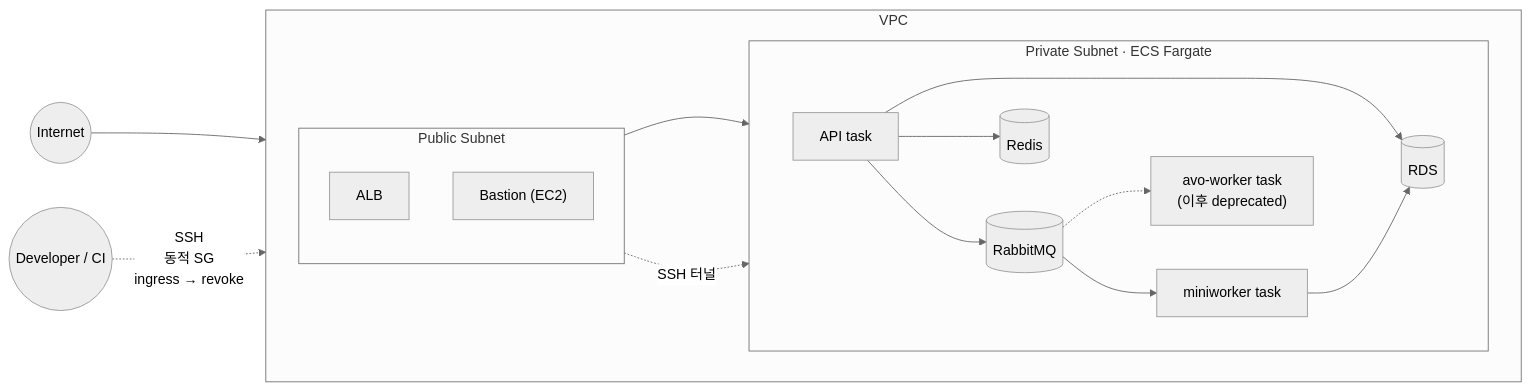
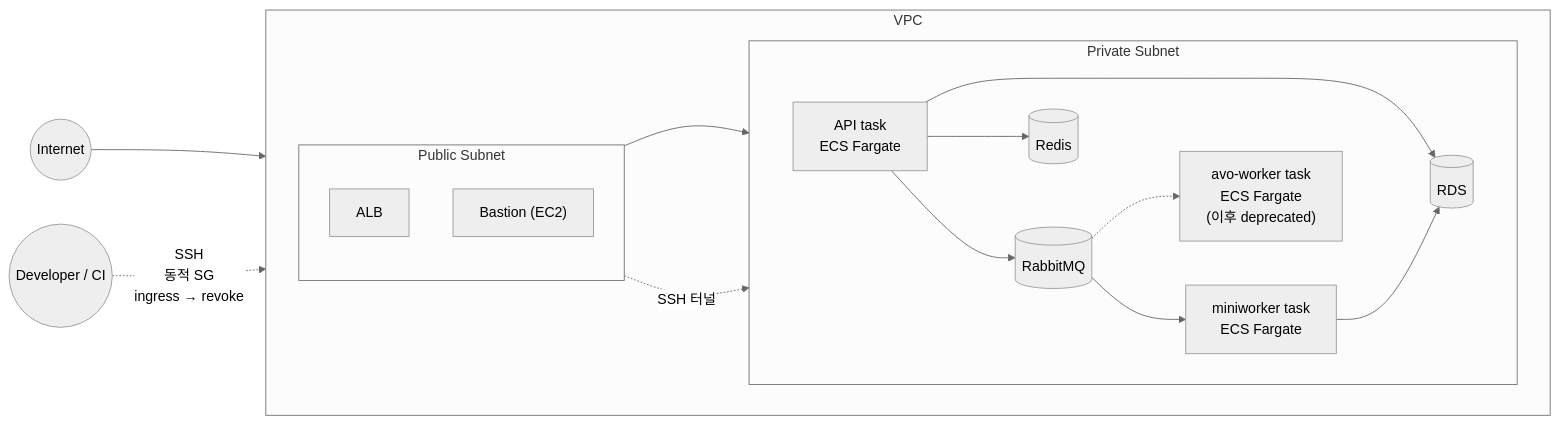
The sixth of 6 diagrams in _portfolio/portfolio.md (texasroh/texasroh.github.io), drawn with Mermaid (neutral theme) before and after one commit. The commit also changed other lines of this file, not shown here.

Commit message:
docs(portfolio): clean 4.2 diagram subnet labels
- Before: "Public Subnet (모두)" → "Public Subnet" (그림으로 이미 명시됨)
- After: "Private Subnet · ECS Fargate" → "Private Subnet" + ECS Fargate를 task 노드별 라벨로 이동 (subnet 전체가 ECS인 듯한 오해 방지)

````diff
--- a/_portfolio/portfolio.md
+++ b/_portfolio/portfolio.md
@@ -234,32 +234,32 @@
 ```mermaid
 flowchart LR
     Internet((Internet)) --> ALB
     Dev((Developer / CI)) -.->|"SSH<br/>동적 SG<br/>ingress → revoke"| Bastion
 
     subgraph VPC ["VPC"]
         direction LR
         subgraph Pub ["Public Subnet"]
             direction TB
             ALB[ALB]
             Bastion["Bastion (EC2)"]
         end
-        subgraph Priv ["Private Subnet · ECS Fargate"]
+        subgraph Priv ["Private Subnet"]
             direction LR
-            API["API task"]
+            API["API task<br/>ECS Fargate"]
             MQ[("RabbitMQ")]
-            Mini["miniworker task"]
-            Worker["avo-worker task<br/>(이후 deprecated)"]
+            Mini["miniworker task<br/>ECS Fargate"]
+            Worker["avo-worker task<br/>ECS Fargate<br/>(이후 deprecated)"]
             RDS[(RDS)]
             Redis[(Redis)]
         end
     end
 
     ALB --> API
     API --> MQ
     API --> Redis
     API --> RDS
     MQ --> Mini
     MQ -.-> Worker
     Mini --> RDS
     Bastion -.->|SSH 터널| RDS
 ```
````
